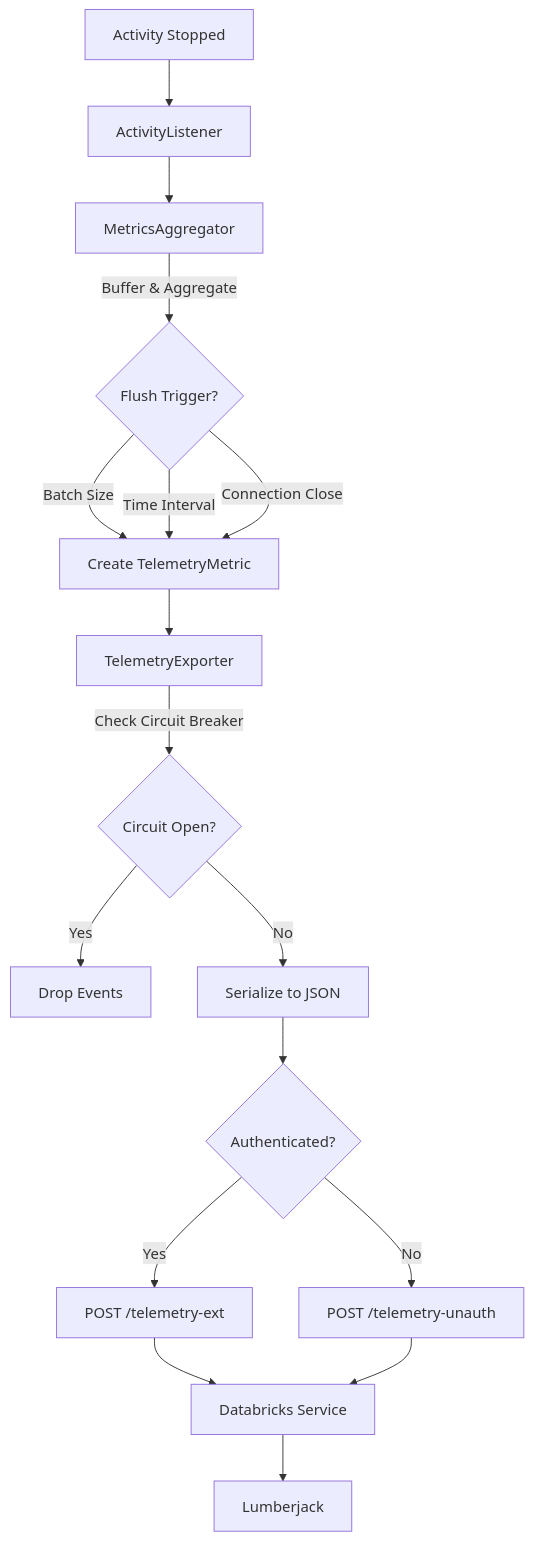
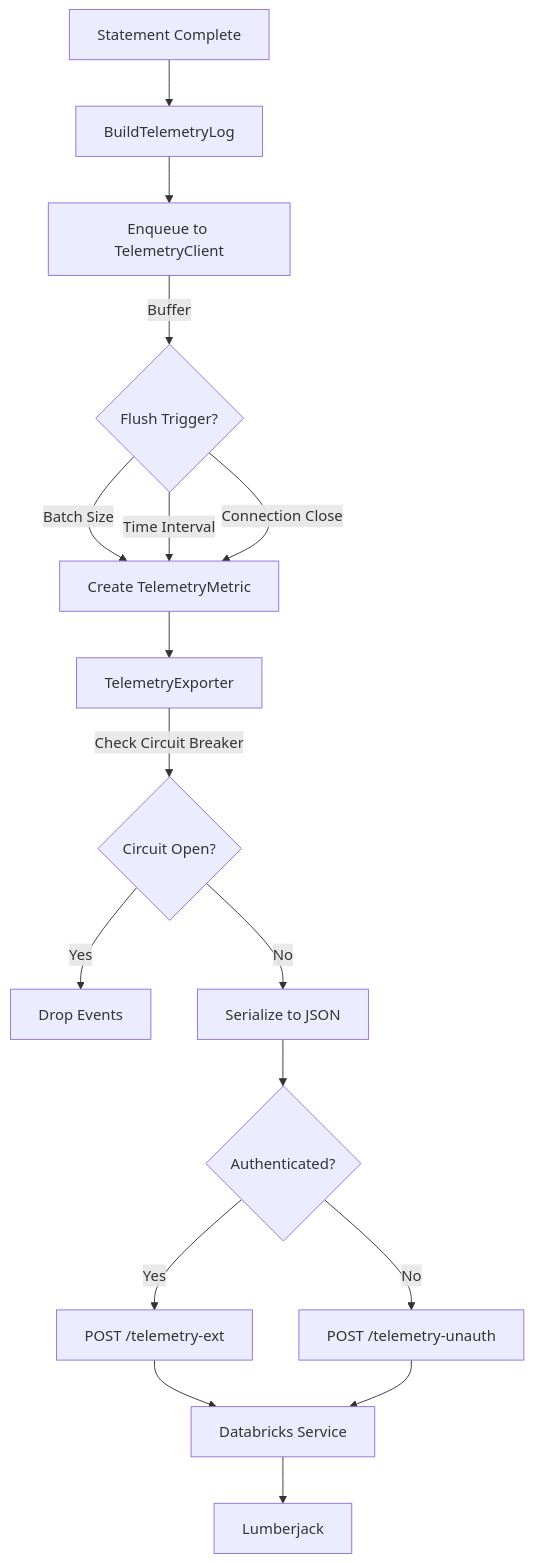
Diagram 15 of 18 in csharp/doc/telemetry-design.md (adbc-drivers/databricks), drawn with Mermaid before and after one commit. The commit also changed other lines of this file and 3 other files, not shown here.

````diff
--- a/csharp/doc/telemetry-design.md
+++ b/csharp/doc/telemetry-design.md
@@ -1346,23 +1714,23 @@
 ```mermaid
 flowchart TD
-    A[Activity Stopped] --> B[ActivityListener]
-    B --> C[MetricsAggregator]
-    C -->|Buffer & Aggregate| D{Flush Trigger?}
+    A[Statement Complete] --> B[BuildTelemetryLog]
+    B --> C[Enqueue to TelemetryClient]
+    C -->|Buffer| D{Flush Trigger?}
 
     D -->|Batch Size| E[Create TelemetryMetric]
     D -->|Time Interval| E
     D -->|Connection Close| E
 
     E --> F[TelemetryExporter]
     F -->|Check Circuit Breaker| G{Circuit Open?}
     G -->|Yes| H[Drop Events]
     G -->|No| I[Serialize to JSON]
 
     I --> J{Authenticated?}
     J -->|Yes| K[POST /telemetry-ext]
     J -->|No| L[POST /telemetry-unauth]
 
     K --> M[Databricks Service]
     L --> M
     M --> N[Lumberjack]
 ```
````
